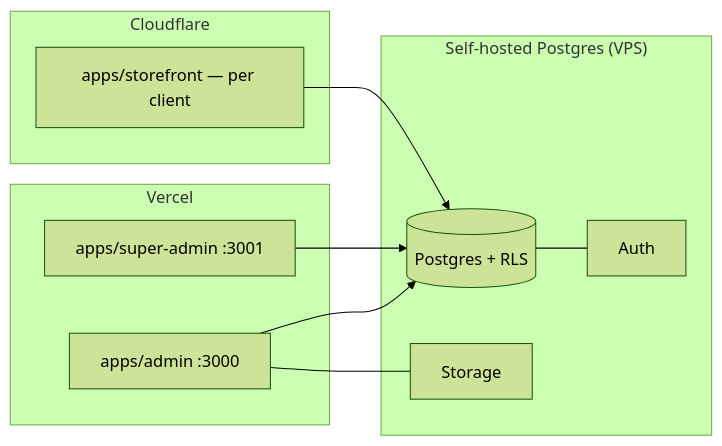
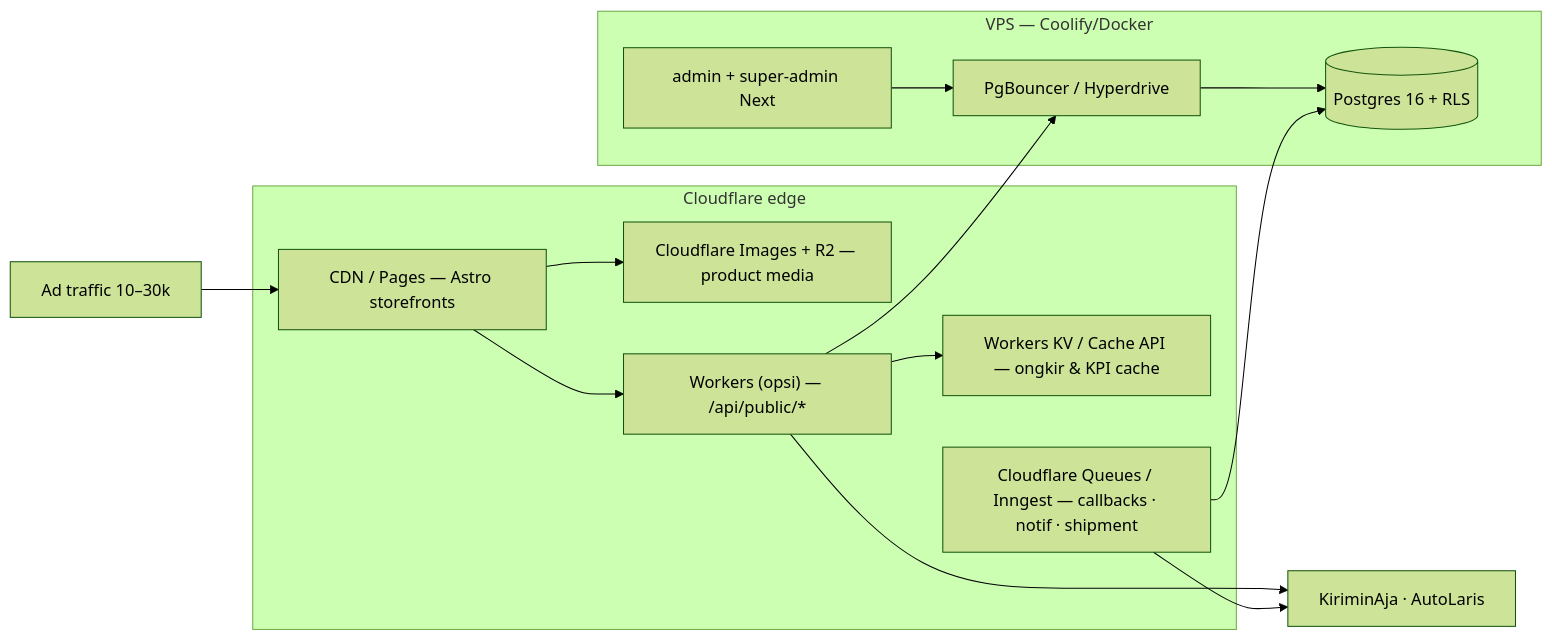
Before and after one commit to ongkipro/tokophi: the eighth of 11 diagrams in specs/docs/UML.md, drawn with Mermaid (forest theme). The commit also changed other lines of this file and 2 other files, not shown here.

First line of the commit message:
docs: refresh UML + SYSTEM_GUIDE to current state (commerce loop, express+instant shipping, CF-native scaling) + CHANGELOG

````diff
--- a/specs/docs/UML.md
+++ b/specs/docs/UML.md
@@ -354,20 +346,25 @@
 ```mermaid
 graph LR
-  subgraph Vercel
-    A[apps/admin :3000]
-    S[apps/super-admin :3001]
+  Ads[Ad traffic 10–30k] --> CDN
+  subgraph Cloudflare[Cloudflare edge]
+    CDN[CDN / Pages — Astro storefronts]
+    IMG[Cloudflare Images + R2 — product media]
+    KV[Workers KV / Cache API — ongkir & KPI cache]
+    Q[Cloudflare Queues / Inngest — callbacks · notif · shipment]
+    W["Workers (opsi) — /api/public/*"]
   end
-  subgraph Cloudflare
-    F[apps/storefront — per client]
+  subgraph VPS[VPS — Coolify/Docker]
+    ADMIN[admin + super-admin Next]
+    POOL[PgBouncer / Hyperdrive]
+    PG[(Postgres 16 + RLS)]
   end
-  subgraph "Self-hosted Postgres (VPS)"
-    DB[(Postgres + RLS)]
-    AU[Auth]
-    ST[Storage]
-  end
-  A --> DB
-  S --> DB
-  F --> DB
-  DB --- AU
-  A --- ST
+  EXT[KiriminAja · AutoLaris]
+
+  CDN --> W --> POOL --> PG
+  CDN --> IMG
+  W --> KV
+  W --> EXT
+  ADMIN --> POOL
+  Q --> EXT
+  Q --> PG
 ```
````
